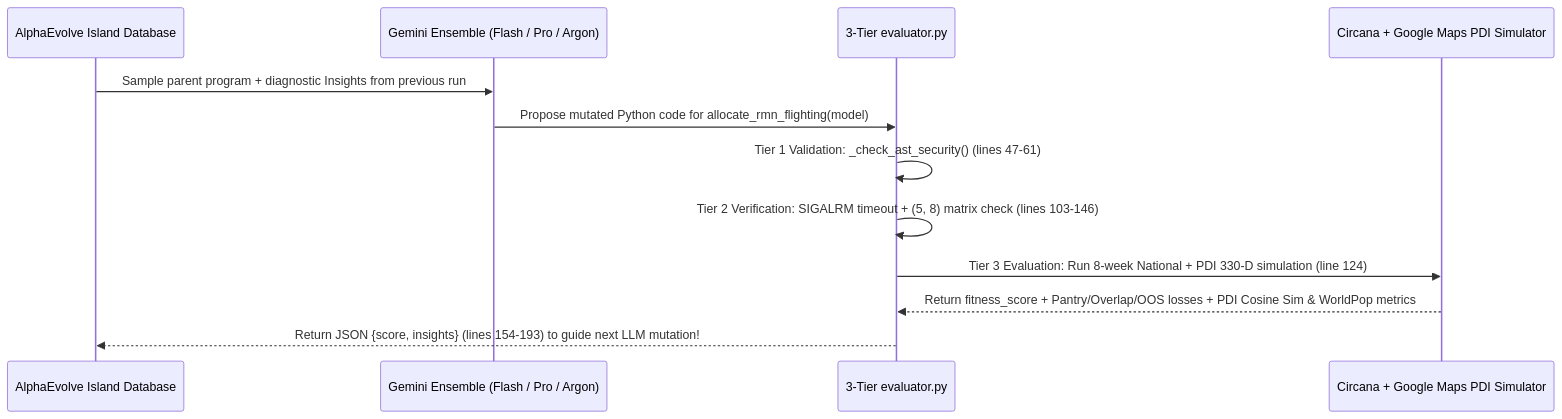
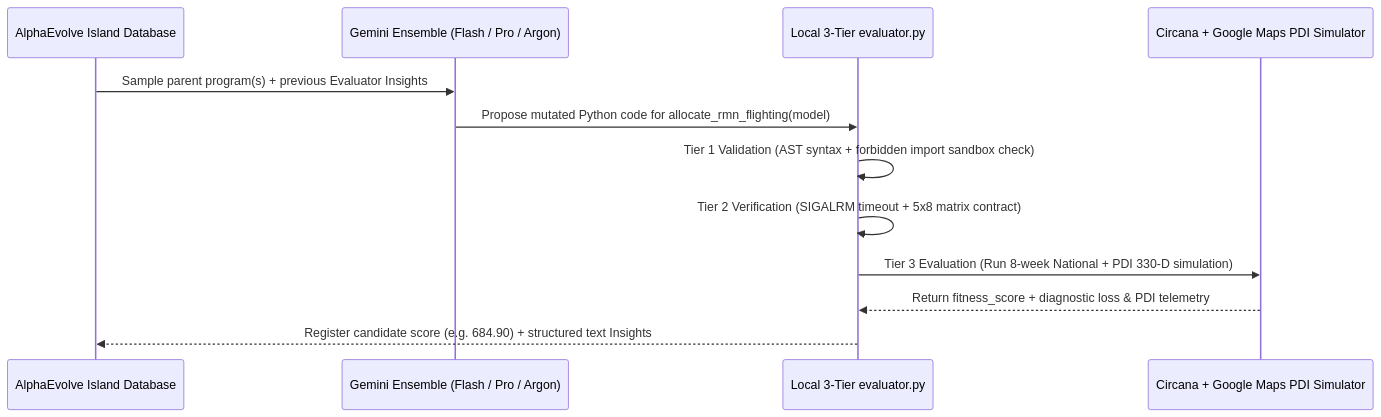
The second of 3 diagrams in README.md (elhadik/Ads_Alpha_Evolve), drawn with Mermaid before and after one commit. The commit also changed other lines of this file, not shown here.

Commit message:
Docs: Restore full step-by-step explanations, ASCII diagrams, and math formulas for all 7 dynamics (4 National + 3 PDI) in README.md

````diff
--- a/README.md
+++ b/README.md
@@ -404,15 +587,15 @@
 ```mermaid
 sequenceDiagram
     participant DB as AlphaEvolve Island Database
     participant LLM as Gemini Ensemble (Flash / Pro / Argon)
-    participant EVAL as 3-Tier evaluator.py
+    participant EVAL as Local 3-Tier evaluator.py
     participant SIM as Circana + Google Maps PDI Simulator
 
-    DB->>LLM: Sample parent program + diagnostic Insights from previous run
+    DB->>LLM: Sample parent program(s) + previous Evaluator Insights
     LLM->>EVAL: Propose mutated Python code for allocate_rmn_flighting(model)
-    EVAL->>EVAL: Tier 1 Validation: _check_ast_security() (lines 47-61)
-    EVAL->>EVAL: Tier 2 Verification: SIGALRM timeout + (5, 8) matrix check (lines 103-146)
-    EVAL->>SIM: Tier 3 Evaluation: Run 8-week National + PDI 330-D simulation (line 124)
-    SIM-->>EVAL: Return fitness_score + Pantry/Overlap/OOS losses + PDI Cosine Sim & WorldPop metrics
-    EVAL-->>DB: Return JSON {score, insights} (lines 154-193) to guide next LLM mutation!
+    EVAL->>EVAL: Tier 1 Validation (AST syntax + forbidden import sandbox check)
+    EVAL->>EVAL: Tier 2 Verification (SIGALRM timeout + 5x8 matrix contract)
+    EVAL->>SIM: Tier 3 Evaluation (Run 8-week National + PDI 330-D simulation)
+    SIM-->>EVAL: Return fitness_score + diagnostic loss & PDI telemetry
+    EVAL-->>DB: Register candidate score (e.g. 684.90) + structured text Insights
 ```
````
